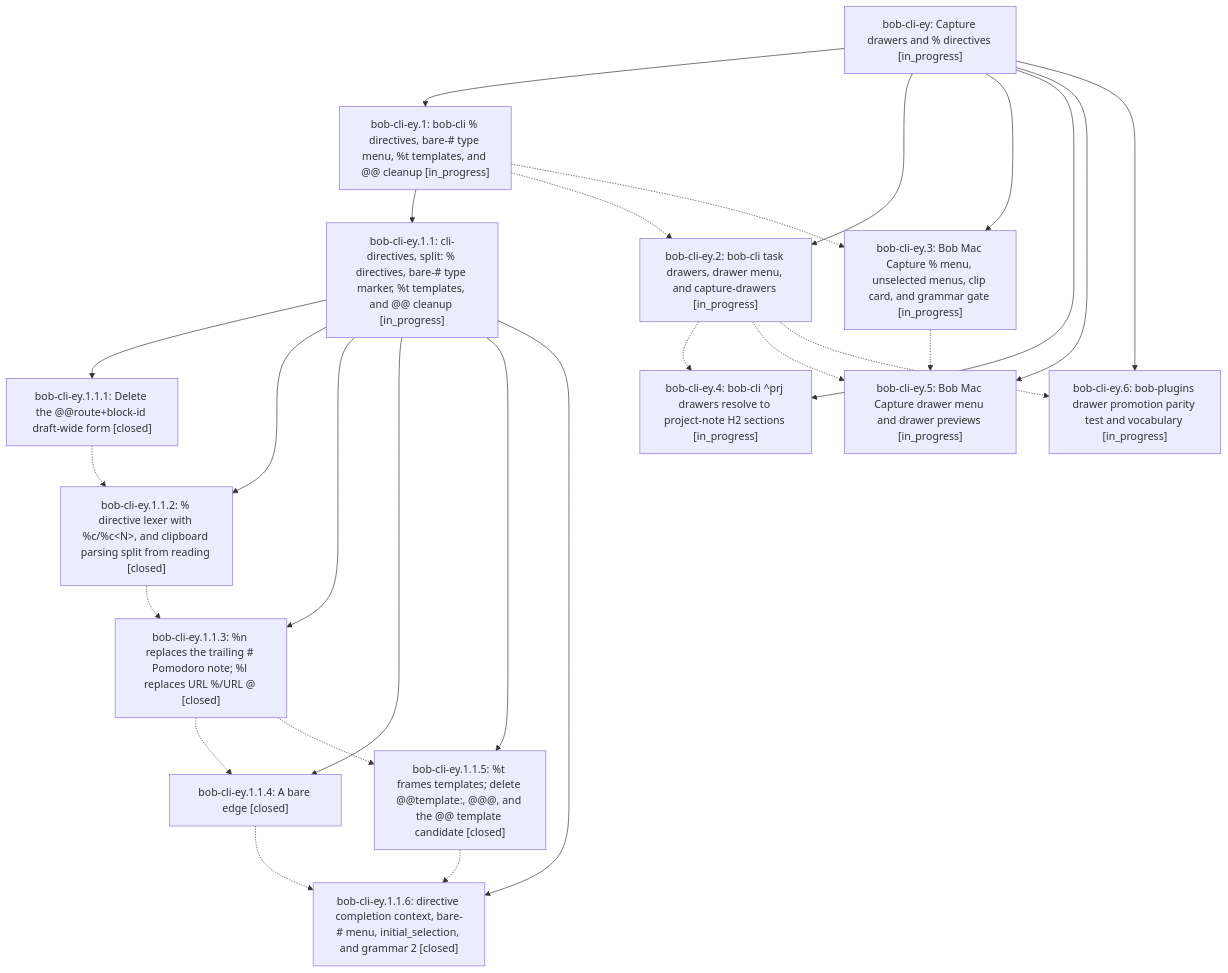
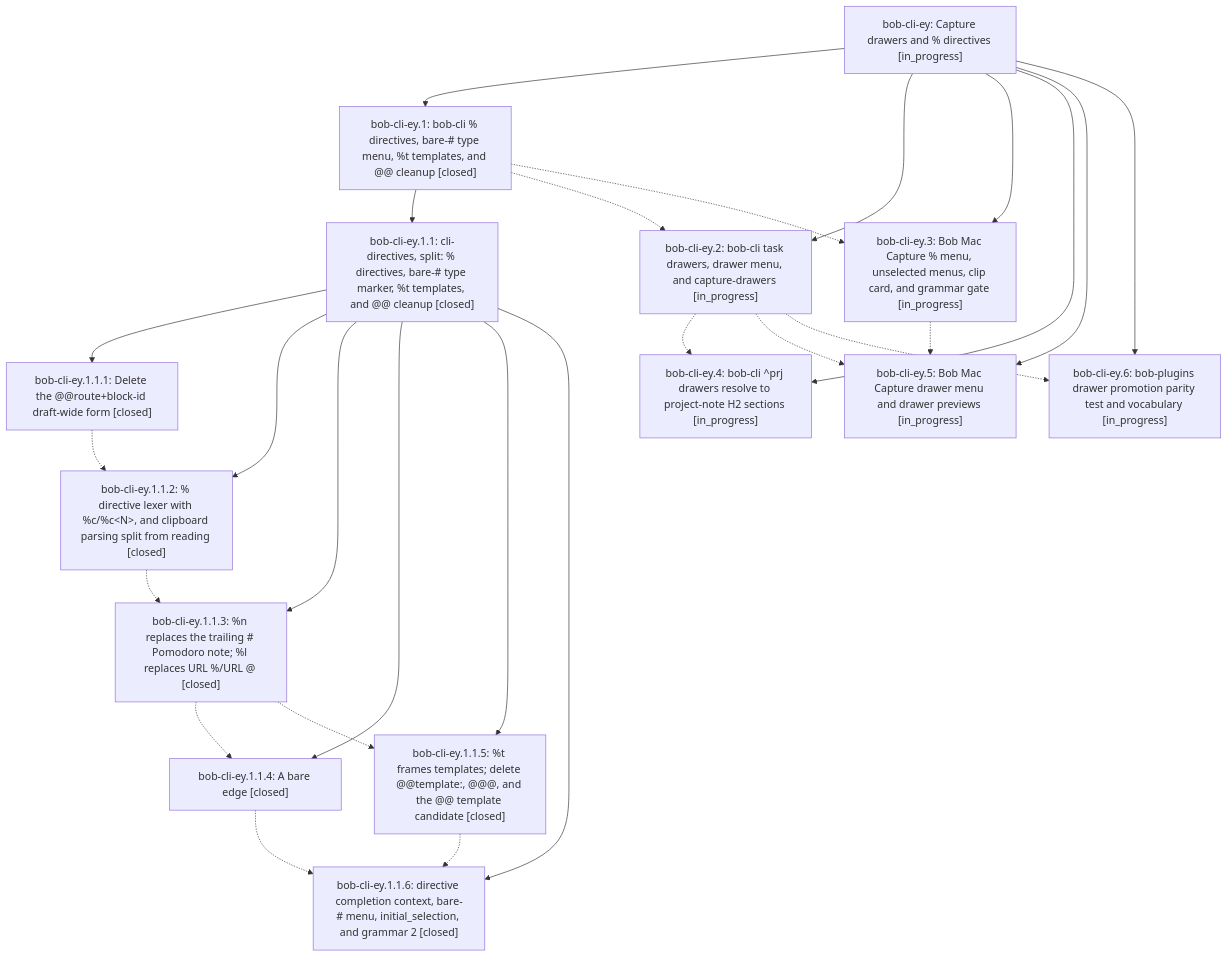
The diagram in pages/bob-cli-ey/README.md (bobs-org/bob-cli--beads), drawn with Mermaid before and after one commit. The commit also changed other lines of this file and 5 other files, not shown here.

First line of the commit message:
chore(beads): sync bead state and pages for bob-cli-ey

````diff
--- a/pages/bob-cli-ey/README.md
+++ b/pages/bob-cli-ey/README.md
@@ -39,42 +43,42 @@
 ```mermaid
 flowchart TD
     n0["bob-cli-ey: Capture drawers and % directives [in_progress]"]
-    n1["bob-cli-ey.1: bob-cli % directives, bare-# type menu, %t templates, and @@ cleanup [in_progress]"]
-    n2["bob-cli-ey.1.1: cli-directives, split: % directives, bare-# type marker, %t templates, and @@ cleanup [in_progress]"]
+    n1["bob-cli-ey.1: bob-cli % directives, bare-# type menu, %t templates, and @@ cleanup [closed]"]
+    n2["bob-cli-ey.1.1: cli-directives, split: % directives, bare-# type marker, %t templates, and @@ cleanup [closed]"]
     n3["bob-cli-ey.1.1.1: Delete the @@route+block-id draft-wide form [closed]"]
     n4["bob-cli-ey.1.1.2: % directive lexer with %c/%c&lt;N&gt;, and clipboard parsing split from reading [closed]"]
     n5["bob-cli-ey.1.1.3: %n replaces the trailing # Pomodoro note; %l replaces URL %/URL @ [closed]"]
     n6["bob-cli-ey.1.1.4: A bare edge [closed]"]
     n7["bob-cli-ey.1.1.5: %t frames templates; delete @@template:, @@@, and the @@ template candidate [closed]"]
     n8["bob-cli-ey.1.1.6: directive completion context, bare-# menu, initial_selection, and grammar 2 [closed]"]
     n9["bob-cli-ey.2: bob-cli task drawers, drawer menu, and capture-drawers [in_progress]"]
     n10["bob-cli-ey.3: Bob Mac Capture % menu, unselected menus, clip card, and grammar gate [in_progress]"]
     n11["bob-cli-ey.4: bob-cli ^prj drawers resolve to project-note H2 sections [in_progress]"]
     n12["bob-cli-ey.5: Bob Mac Capture drawer menu and drawer previews [in_progress]"]
     n13["bob-cli-ey.6: bob-plugins drawer promotion parity test and vocabulary [in_progress]"]
     n0 --> n1
     n1 --> n2
     n2 --> n3
     n2 --> n4
     n2 --> n5
     n2 --> n6
     n2 --> n7
     n2 --> n8
     n0 --> n9
     n0 --> n10
     n0 --> n11
     n0 --> n12
     n0 --> n13
     n1 -.-> n9
     n1 -.-> n10
     n3 -.-> n4
     n4 -.-> n5
     n5 -.-> n6
     n5 -.-> n7
     n6 -.-> n8
     n7 -.-> n8
     n9 -.-> n11
     n9 -.-> n12
     n9 -.-> n13
     n10 -.-> n12
 ```
````
